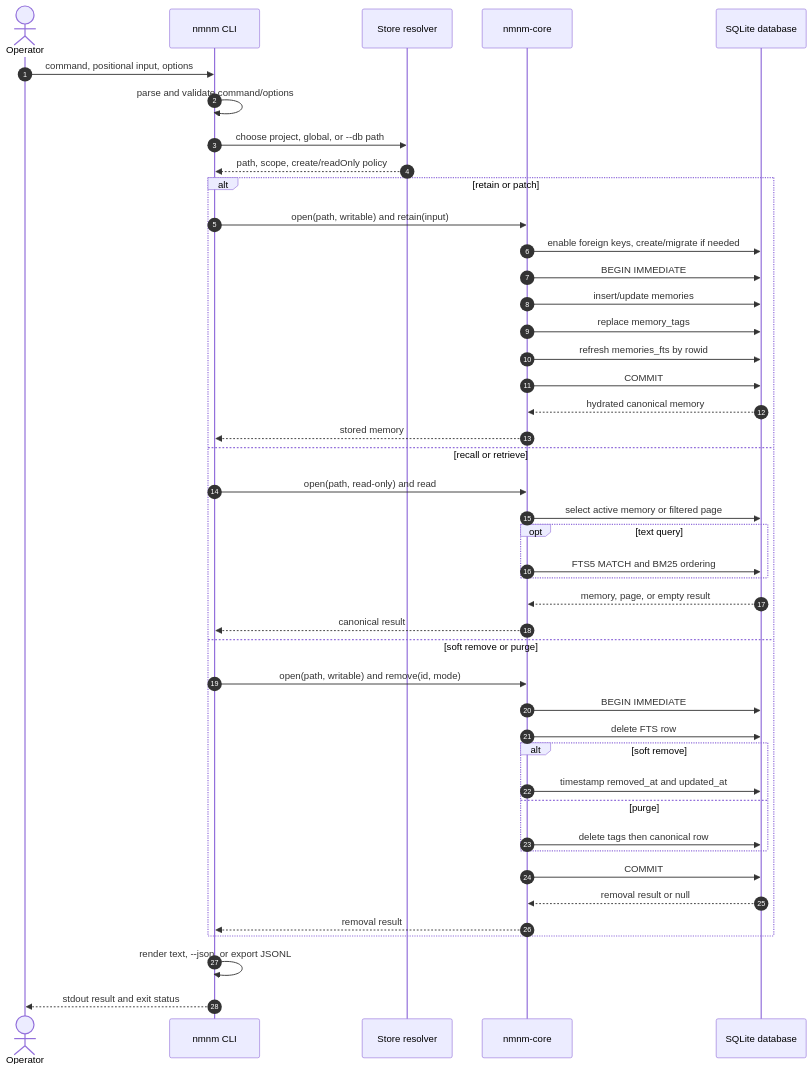
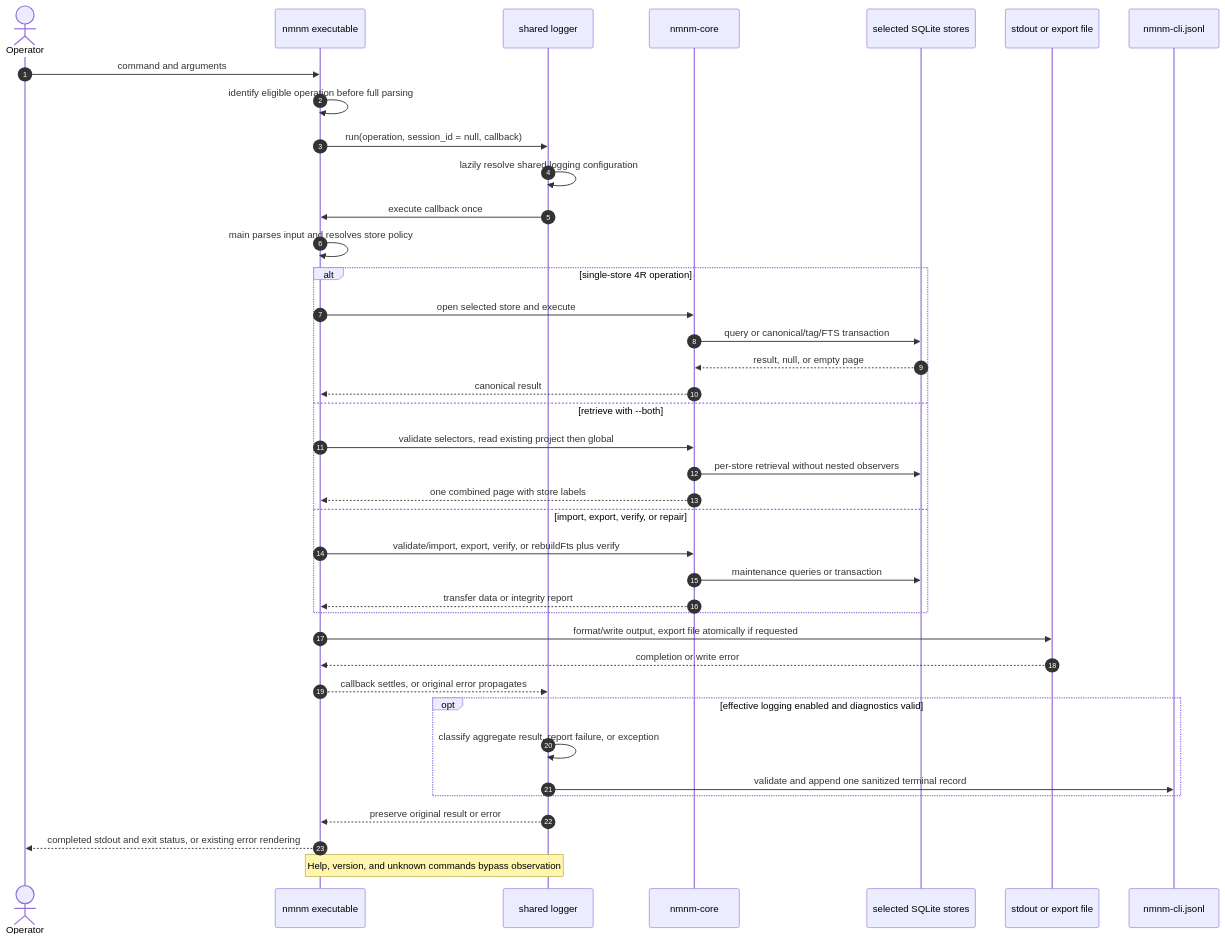
The first of 6 diagrams in docs/SEQUENCE_MEMORY_HANDLING.md (linellazatin/nanomneme), drawn with Mermaid before and after one commit. The commit also changed other lines of this file and 14 other files, not shown here.

````diff
--- a/docs/SEQUENCE_MEMORY_HANDLING.md
+++ b/docs/SEQUENCE_MEMORY_HANDLING.md
@@ -15,49 +15,42 @@
 ```mermaid
 sequenceDiagram
   autonumber
   actor Operator
-  participant CLI as nmnm CLI
-  participant Resolver as Store resolver
+  participant CLI as nmnm executable
+  participant Logger as shared logger
   participant Core as nmnm-core
-  participant DB as SQLite database
+  participant DB as selected SQLite stores
+  participant Output as stdout or export file
+  participant Log as nmnm-cli.jsonl
 
-  Operator->>CLI: command, positional input, options
-  CLI->>CLI: parse and validate command/options
-  CLI->>Resolver: choose project, global, or --db path
-  Resolver-->>CLI: path, scope, create/readOnly policy
-
-  alt retain or patch
-    CLI->>Core: open(path, writable) and retain(input)
-    Core->>DB: enable foreign keys, create/migrate if needed
-    Core->>DB: BEGIN IMMEDIATE
-    Core->>DB: insert/update memories
-    Core->>DB: replace memory_tags
-    Core->>DB: refresh memories_fts by rowid
-    Core->>DB: COMMIT
-    DB-->>Core: hydrated canonical memory
-    Core-->>CLI: stored memory
-  else recall or retrieve
-    CLI->>Core: open(path, read-only) and read
-    Core->>DB: select active memory or filtered page
-    opt text query
-      Core->>DB: FTS5 MATCH and BM25 ordering
-    end
-    DB-->>Core: memory, page, or empty result
+  Operator->>CLI: command and arguments
+  CLI->>CLI: identify eligible operation before full parsing
+  CLI->>Logger: run(operation, session_id = null, callback)
+  Logger->>Logger: lazily resolve shared logging configuration
+  Logger->>CLI: execute callback once
+  CLI->>CLI: main parses input and resolves store policy
+  alt single-store 4R operation
+    CLI->>Core: open selected store and execute
+    Core->>DB: query or canonical/tag/FTS transaction
+    DB-->>Core: result, null, or empty page
     Core-->>CLI: canonical result
-  else soft remove or purge
-    CLI->>Core: open(path, writable) and remove(id, mode)
-    Core->>DB: BEGIN IMMEDIATE
-    Core->>DB: delete FTS row
-    alt soft remove
-      Core->>DB: timestamp removed_at and updated_at
-    else purge
-      Core->>DB: delete tags then canonical row
-    end
-    Core->>DB: COMMIT
-    DB-->>Core: removal result or null
-    Core-->>CLI: removal result
+  else retrieve with --both
+    CLI->>Core: validate selectors, read existing project then global
+    Core->>DB: per-store retrieval without nested observers
+    Core-->>CLI: one combined page with store labels
+  else import, export, verify, or repair
+    CLI->>Core: validate/import, export, verify, or rebuildFts plus verify
+    Core->>DB: maintenance queries or transaction
+    Core-->>CLI: transfer data or integrity report
   end
-
-  CLI->>CLI: render text, --json, or export JSONL
-  CLI-->>Operator: stdout result and exit status
+  CLI->>Output: format/write output, export file atomically if requested
+  Output-->>CLI: completion or write error
+  CLI-->>Logger: callback settles, or original error propagates
+  opt effective logging enabled and diagnostics valid
+    Logger->>Logger: classify aggregate result, report failure, or exception
+    Logger->>Log: validate and append one sanitized terminal record
+  end
+  Logger-->>CLI: preserve original result or error
+  CLI-->>Operator: completed stdout and exit status, or existing error rendering
+  Note over CLI,Logger: Help, version, and unknown commands bypass observation
 ```
````
